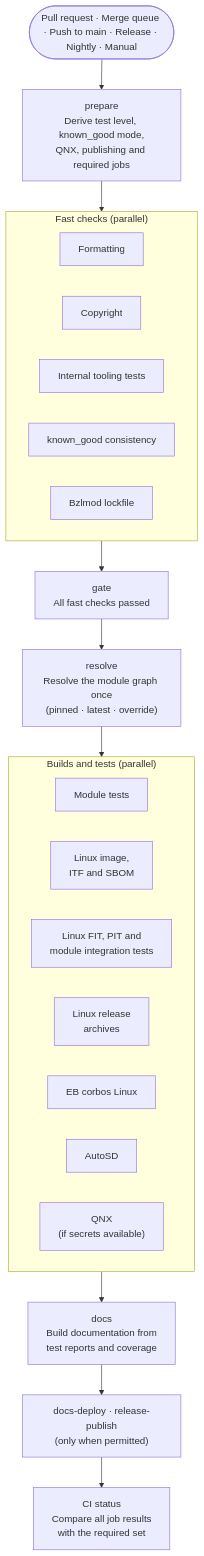
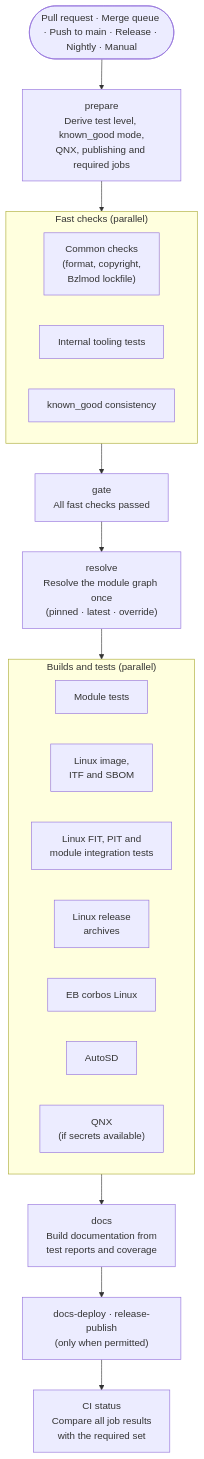
One commit to eclipse-score/reference_integration changed the diagram in docs/integration_process/reference.rst. Above: the diagram before and after it, drawn with Mermaid. The commit also changed other lines of this file and 6 other files, not shown here.

```diff
--- a/docs/integration_process/reference.rst
+++ b/docs/integration_process/reference.rst
@@ -205,34 +205,32 @@
 .. mermaid::
 
    flowchart TB
        Trigger(["Pull request · Merge queue · Push to main · Release · Nightly · Manual"])
        Trigger --> Prepare["prepare<br/>Derive test level, known_good mode,<br/>QNX, publishing and required jobs"]
 
        subgraph Fast["Fast checks (parallel)"]
            direction LR
-           Format["Formatting"]
-           Copyright["Copyright"]
+           Common["Common checks<br/>(format, copyright,<br/>Bzlmod lockfile)"]
            Internal["Internal tooling tests"]
            KnownGood["known_good consistency"]
-           Lock["Bzlmod lockfile"]
        end
 
        Prepare --> Fast
        Fast --> Gate["gate<br/>All fast checks passed"]
        Gate --> Resolve["resolve<br/>Resolve the module graph once<br/>(pinned · latest · override)"]
 
        subgraph Intensive["Builds and tests (parallel)"]
            direction LR
            Modules["Module tests"]
            Linux["Linux image,<br/>ITF and SBOM"]
            Integration["Linux FIT, PIT and<br/>module integration tests"]
            Target["Linux release<br/>archives"]
            Ebclfsa["EB corbos Linux"]
            AutoSD["AutoSD"]
            Qnx["QNX<br/>(if secrets available)"]
        end
 
        Resolve --> Intensive
        Intensive --> Docs["docs<br/>Build documentation from<br/>test reports and coverage"]
        Docs --> Publish["docs-deploy · release-publish<br/>(only when permitted)"]
        Publish --> Status["CI status<br/>Compare all job results<br/>with the required set"]
```
